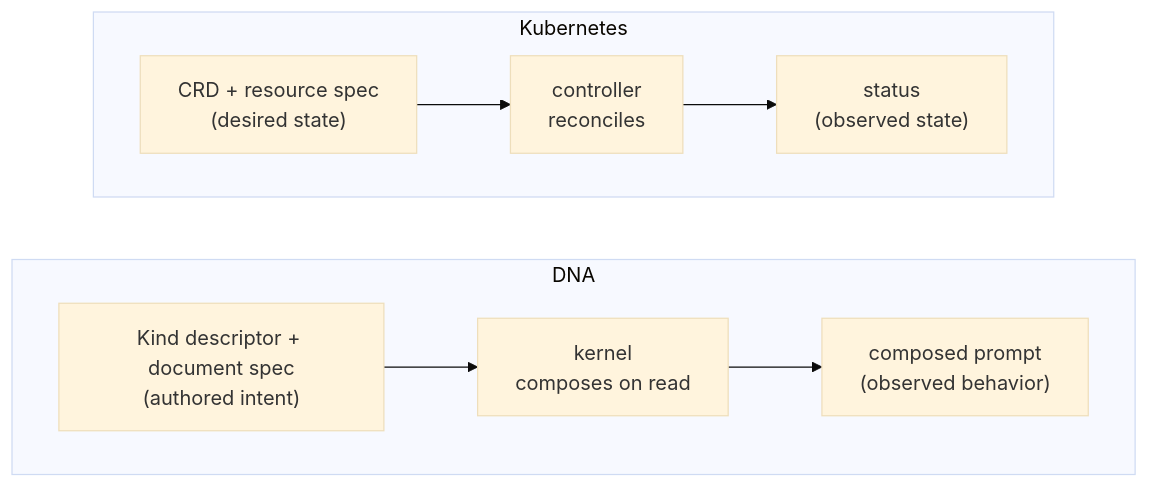
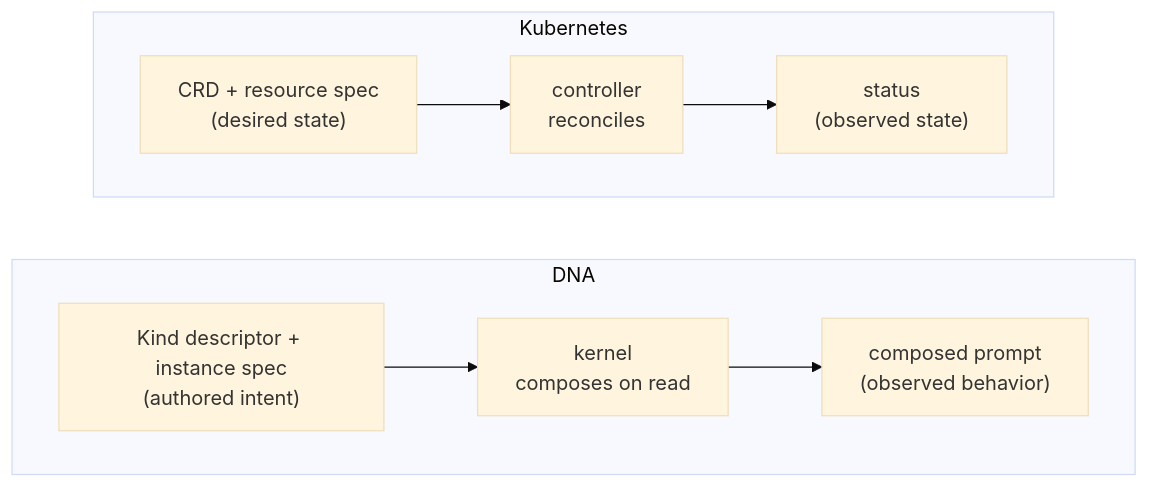
The diagram in docs/concepts/thesis.md (ruinosus/dna), drawn with Mermaid (base theme) before and after one commit. The commit also changed other lines of this file and 84 other files, not shown here.

````diff
--- a/docs/concepts/thesis.md
+++ b/docs/concepts/thesis.md
@@ -122,12 +122,12 @@
 ```mermaid
 flowchart TB
     subgraph k8s ["Kubernetes"]
         direction LR
         A1["CRD + resource spec<br/>(desired state)"] --> A2["controller<br/>reconciles"] --> A3["status<br/>(observed state)"]
     end
     subgraph dna ["DNA"]
         direction LR
-        B1["Kind descriptor + document spec<br/>(authored intent)"] --> B2["kernel<br/>composes on read"] --> B3["composed prompt<br/>(observed behavior)"]
+        B1["Kind descriptor + instance spec<br/>(authored intent)"] --> B2["kernel<br/>composes on read"] --> B3["composed prompt<br/>(observed behavior)"]
     end
     k8s ~~~ dna
 ```
````
